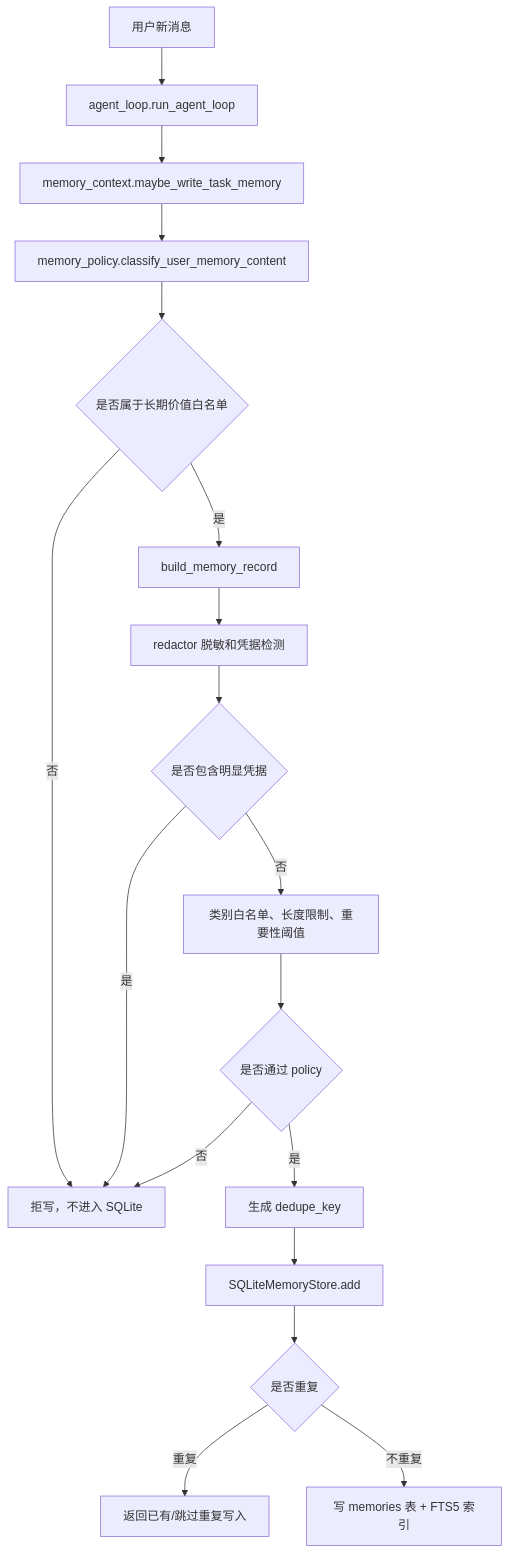
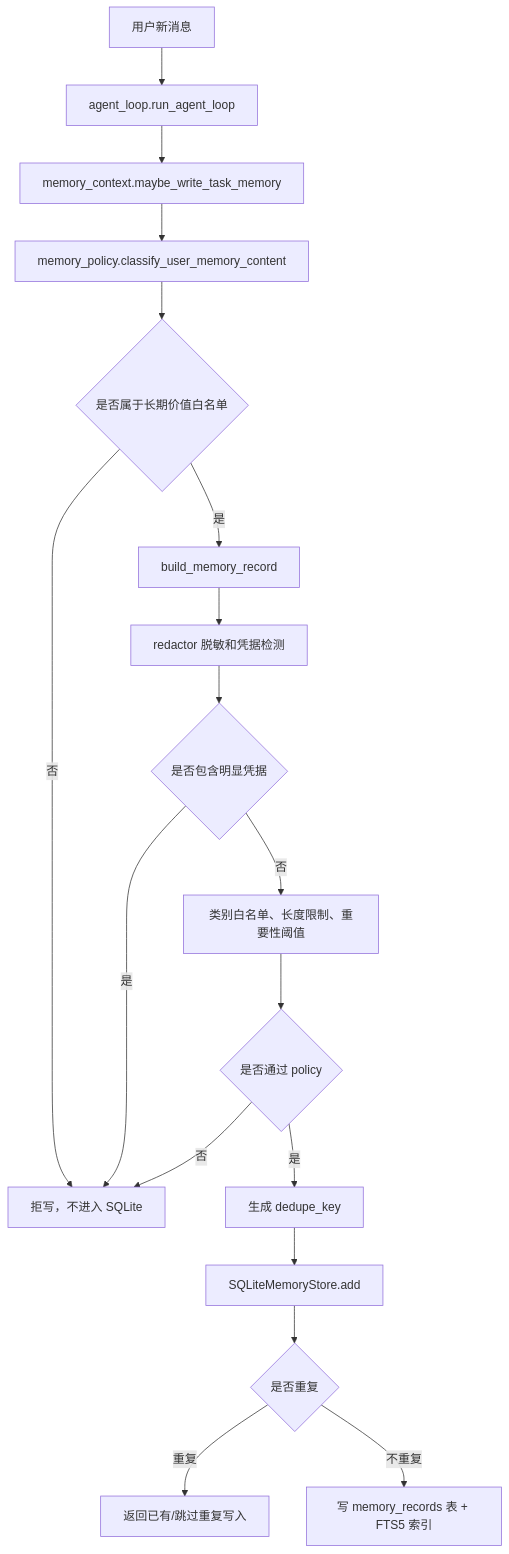
Before and after one commit to lizheng33193/MAPS-LZ: the sixth of 8 diagrams in README.md, drawn with Mermaid. The commit also changed other lines of this file and 25 other files, not shown here.

````diff
--- a/README.md
+++ b/README.md
@@ -526,20 +852,20 @@
 ```mermaid
 flowchart TD
   A["用户新消息"] --> B["agent_loop.run_agent_loop"]
   B --> C["memory_context.maybe_write_task_memory"]
   C --> D["memory_policy.classify_user_memory_content"]
   D --> E{"是否属于长期价值白名单"}
   E -->|否| R["拒写，不进入 SQLite"]
   E -->|是| F["build_memory_record"]
   F --> G["redactor 脱敏和凭据检测"]
   G --> H{"是否包含明显凭据"}
   H -->|是| R
   H -->|否| I["类别白名单、长度限制、重要性阈值"]
   I --> J{"是否通过 policy"}
   J -->|否| R
   J -->|是| K["生成 dedupe_key"]
   K --> L["SQLiteMemoryStore.add"]
   L --> M{"是否重复"}
   M -->|重复| N["返回已有/跳过重复写入"]
-  M -->|不重复| O["写 memories 表 + FTS5 索引"]
+  M -->|不重复| O["写 memory_records 表 + FTS5 索引"]
 ```
````
